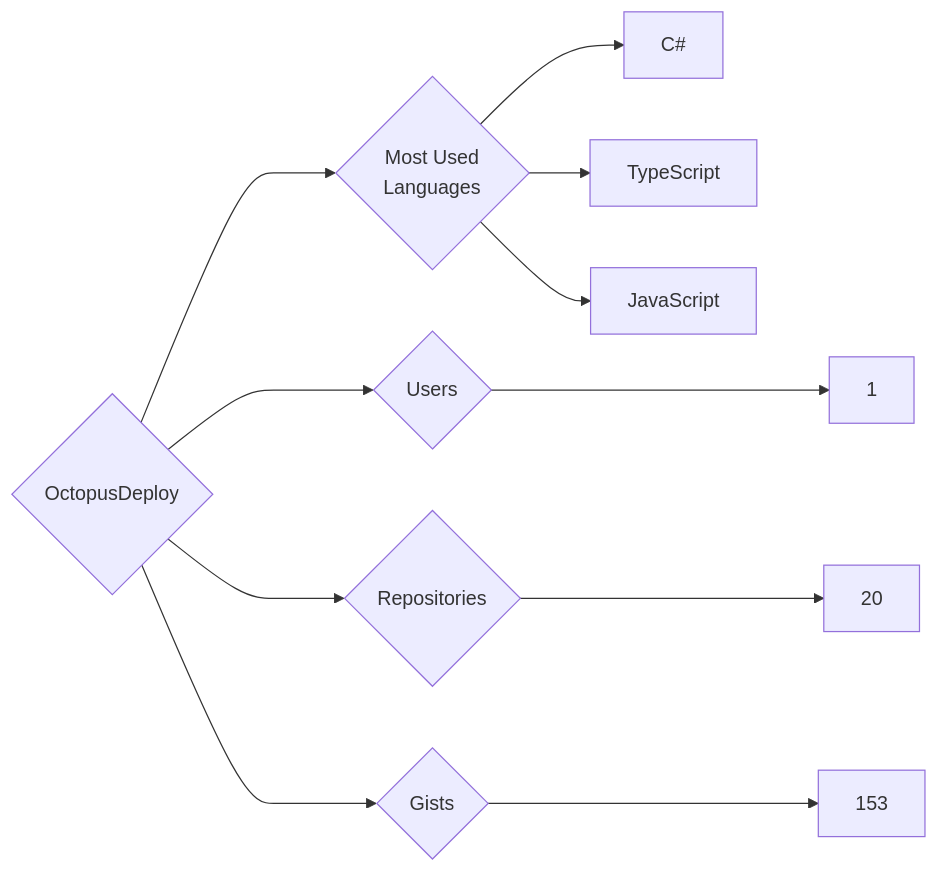
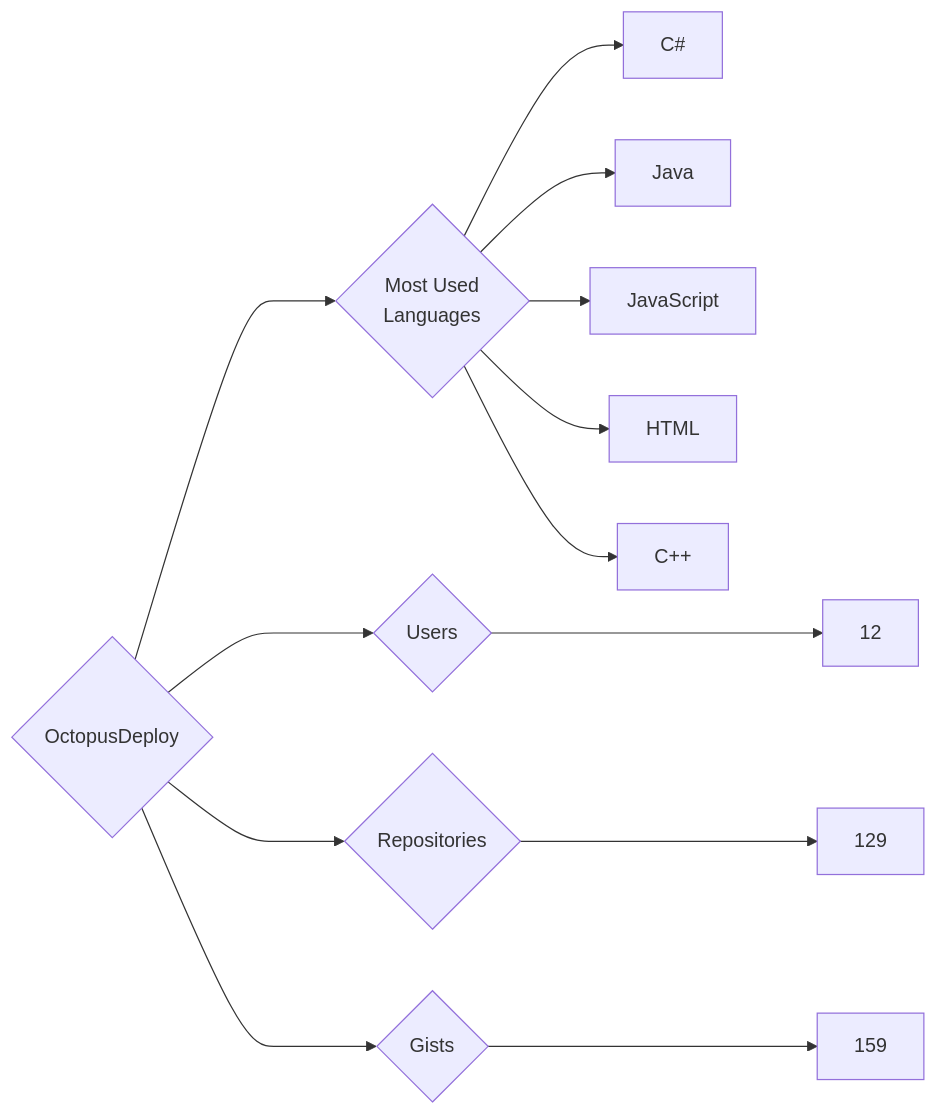
The diagram in targets/OctopusDeploy/README.md (trickest/insiders), drawn with Mermaid before and after one commit. The commit also changed 1696 other files, not shown here.

````diff
--- a/targets/OctopusDeploy/README.md
+++ b/targets/OctopusDeploy/README.md
@@ -3,11 +3,13 @@
 ```mermaid
 graph LR
 COMPANY_NAME{OctopusDeploy}
-COMPANY_NAME ---> U{Users} ---> UN[1]
-COMPANY_NAME ---> R{Repositories} ---> RN[20]
-COMPANY_NAME ---> G{Gists} ---> GN[153]
+COMPANY_NAME ---> U{Users} ---> UN[12]
+COMPANY_NAME ---> R{Repositories} ---> RN[129]
+COMPANY_NAME ---> G{Gists} ---> GN[159]
 COMPANY_NAME ---> ML{Most Used<br>Languages}
 ML --> C#[C#]
-ML --> TypeScript[TypeScript]
+ML --> Java[Java]
 ML --> JavaScript[JavaScript]
+ML --> HTML[HTML]
+ML --> C++[C++]
 ```
````
